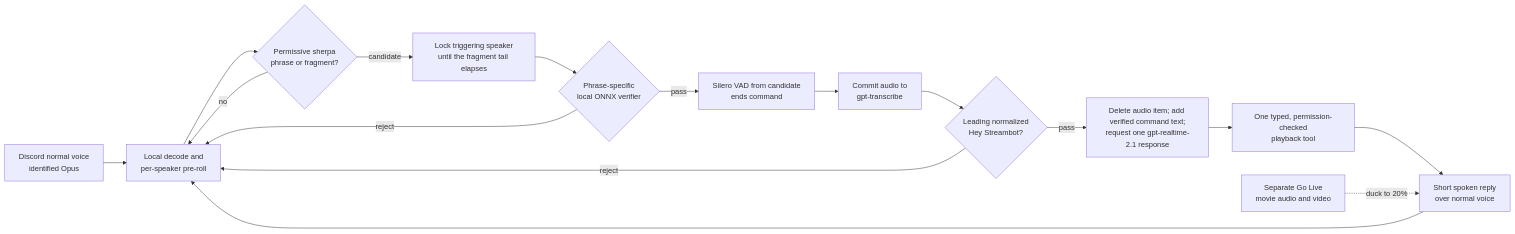
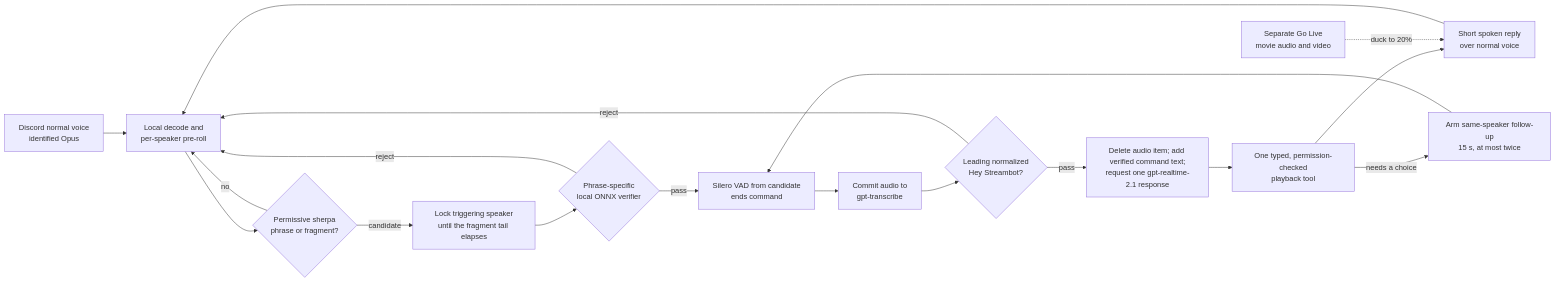
One commit to shepherdjerred/monorepo changed the diagram in packages/docs/wiki/src/content/docs/explanation/streambot-voice.md. Above: the diagram before and after it, drawn with Mermaid. The commit also changed other lines of this file and 59 other files, not shown here.

First line of the commit message:
feat(streambot): make voice playback useful

````diff
--- a/packages/docs/wiki/src/content/docs/explanation/streambot-voice.md
+++ b/packages/docs/wiki/src/content/docs/explanation/streambot-voice.md
@@ -18,21 +18,23 @@
 ```mermaid
 flowchart LR
   accTitle: Streambot hybrid voice command lifecycle
-  accDescr: Identified Discord voice passes through a permissive sherpa candidate detector, a phrase-specific local verifier, local endpointing, and a final OpenAI transcript gate. Only a verified leading wake phrase can reach one permission-checked playback tool and a spoken reply.
+  accDescr: Identified Discord voice passes through local wake verification and endpointing before a bounded OpenAI turn. A short same-speaker clarification may reuse established conversation context without another wake phrase.
 
   D[Discord normal voice<br/>identified Opus] --> L[Local decode and<br/>per-speaker pre-roll]
   L --> K{Permissive sherpa<br/>phrase or fragment?}
   K -->|no| L
   K -->|candidate| S[Lock triggering speaker<br/>until the fragment tail elapses]
   S --> W{Phrase-specific<br/>local ONNX verifier}
   W -->|reject| L
   W -->|pass| V[Silero VAD from candidate<br/>ends command]
   V --> O[Commit audio to<br/>gpt-transcribe]
   O --> C{Leading normalized<br/>Hey Streambot?}
   C -->|reject| L
   C -->|pass| T[Delete audio item; add verified command text;<br/>request one gpt-realtime-2.1 response]
   T --> P[One typed, permission-checked<br/>playback tool]
   P --> R[Short spoken reply<br/>over normal voice]
   R --> L
+  P -->|needs a choice| F[Arm same-speaker follow-up<br/>15 s, at most twice]
+  F --> V
   G[Separate Go Live<br/>movie audio and video] -. duck to 20% .-> R
 ```
````
